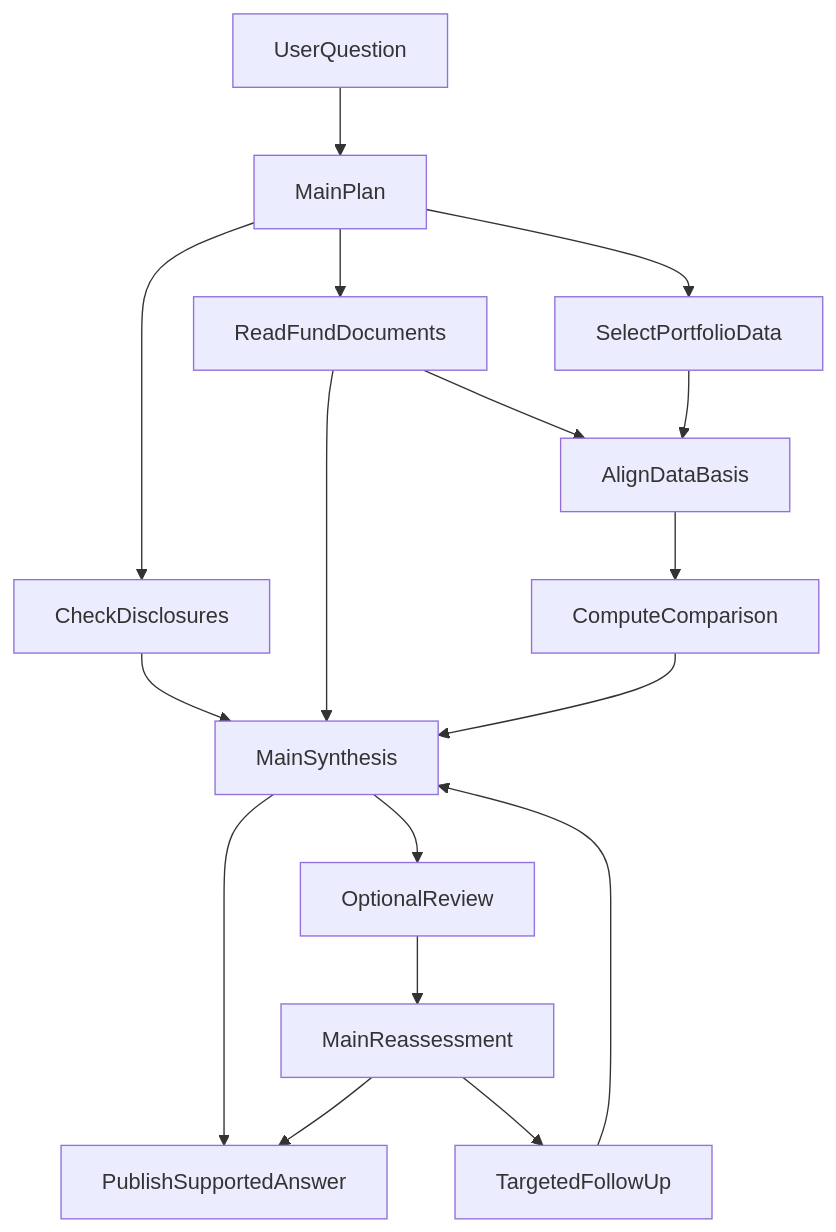
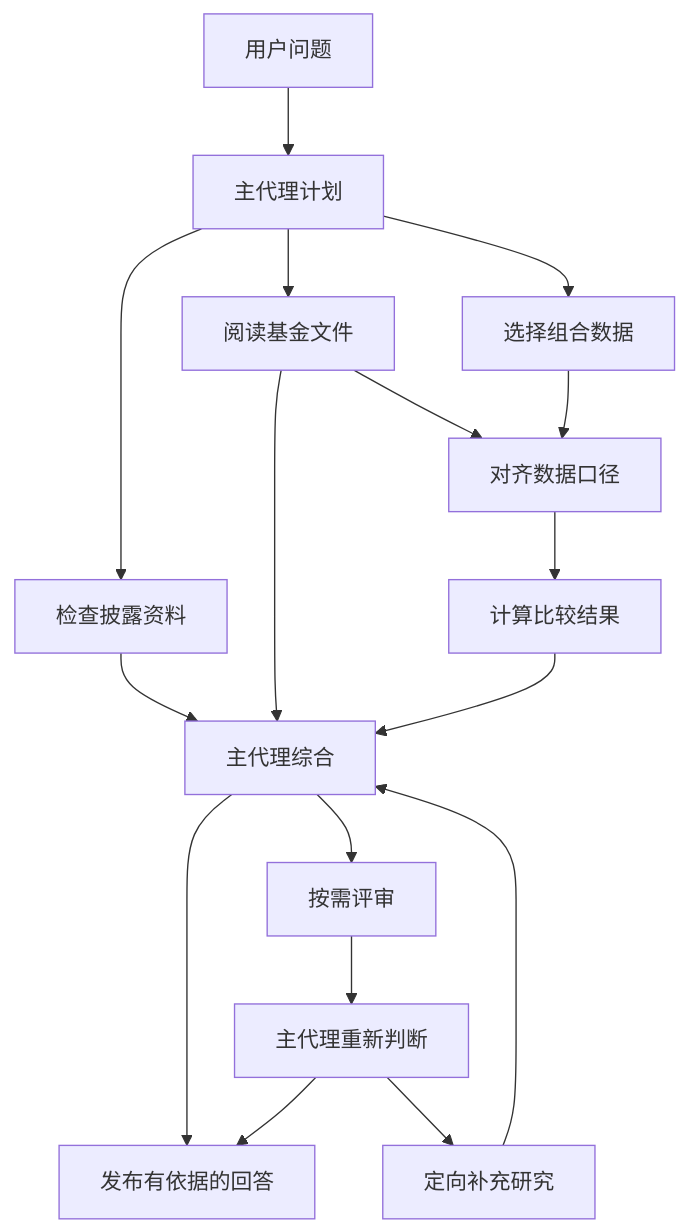
One commit to hpoenixf/eff-agent-article changed the second of 3 diagrams in articles/agent-subagent-context-specialization.md. Above: the diagram before and after it, drawn with Mermaid. The commit also changed other lines of this file and 52 other files, not shown here.

Commit message:
docs: localize diagrams and clarify flagship guides

````diff
--- a/articles/agent-subagent-context-specialization.md
+++ b/articles/agent-subagent-context-specialization.md
@@ -118,19 +118,19 @@
 ```mermaid
 graph TD
-UserQuestion --> MainPlan
-MainPlan --> CheckDisclosures
-MainPlan --> ReadFundDocuments
-MainPlan --> SelectPortfolioData
-ReadFundDocuments --> AlignDataBasis
+UserQuestion["用户问题"] --> MainPlan["主代理计划"]
+MainPlan --> CheckDisclosures["检查披露资料"]
+MainPlan --> ReadFundDocuments["阅读基金文件"]
+MainPlan --> SelectPortfolioData["选择组合数据"]
+ReadFundDocuments --> AlignDataBasis["对齐数据口径"]
 SelectPortfolioData --> AlignDataBasis
-AlignDataBasis --> ComputeComparison
-CheckDisclosures --> MainSynthesis
+AlignDataBasis --> ComputeComparison["计算比较结果"]
+CheckDisclosures --> MainSynthesis["主代理综合"]
 ReadFundDocuments --> MainSynthesis
 ComputeComparison --> MainSynthesis
-MainSynthesis --> PublishSupportedAnswer
-MainSynthesis --> OptionalReview
-OptionalReview --> MainReassessment
+MainSynthesis --> PublishSupportedAnswer["发布有依据的回答"]
+MainSynthesis --> OptionalReview["按需评审"]
+OptionalReview --> MainReassessment["主代理重新判断"]
 MainReassessment --> PublishSupportedAnswer
-MainReassessment --> TargetedFollowUp
+MainReassessment --> TargetedFollowUp["定向补充研究"]
 TargetedFollowUp --> MainSynthesis
 ```
````
